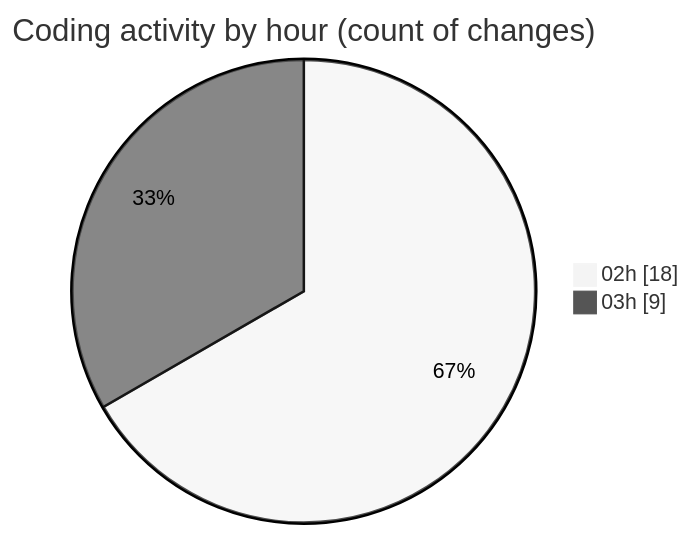
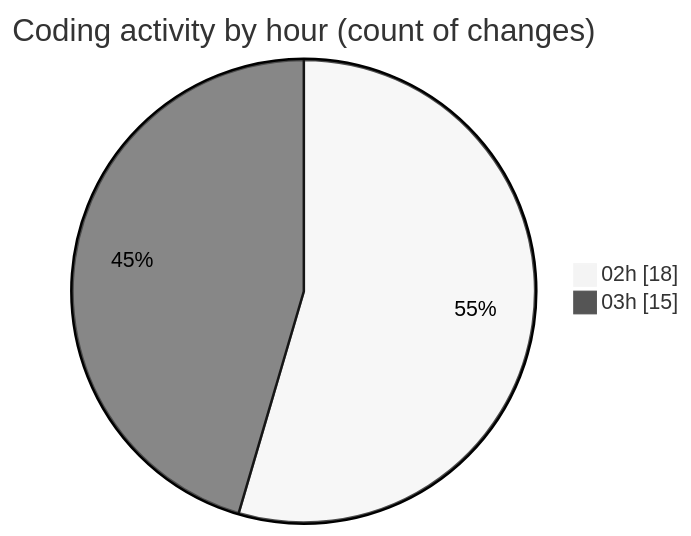
The second of 2 diagrams in 2025-07-12/shopaccv1/README.md (lephambinh05/code-tracking), drawn with Mermaid (neutral theme) before and after one commit. The commit also changed other lines of this file and 1 other file, not shown here.

````diff
--- a/2025-07-12/shopaccv1/README.md
+++ b/2025-07-12/shopaccv1/README.md
@@ -44,6 +47,6 @@
 ```mermaid
 pie showData
 title Coding activity by hour (count of changes)
 "02h" : 18
-"03h" : 9
+"03h" : 15
 ```
````
